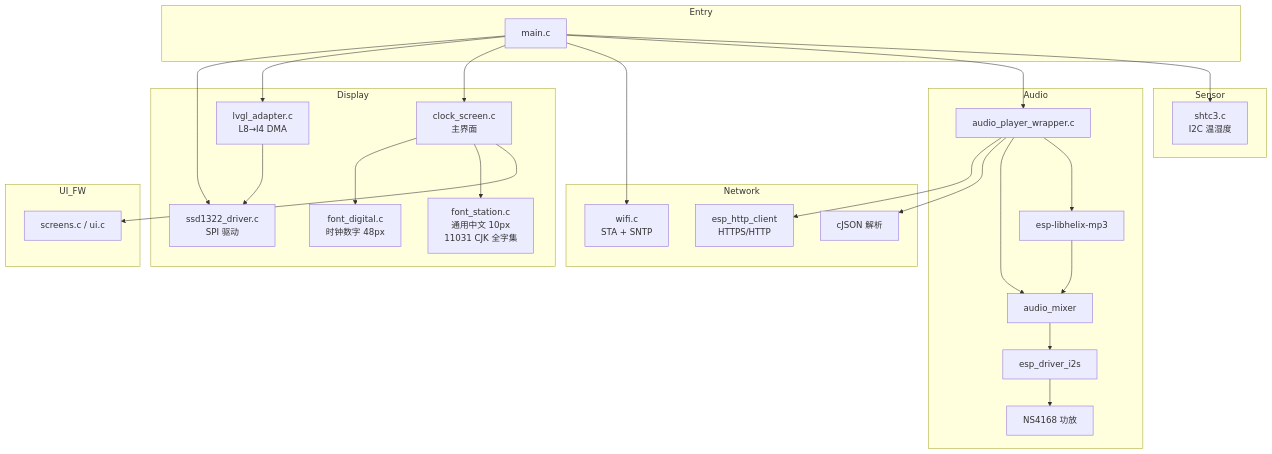
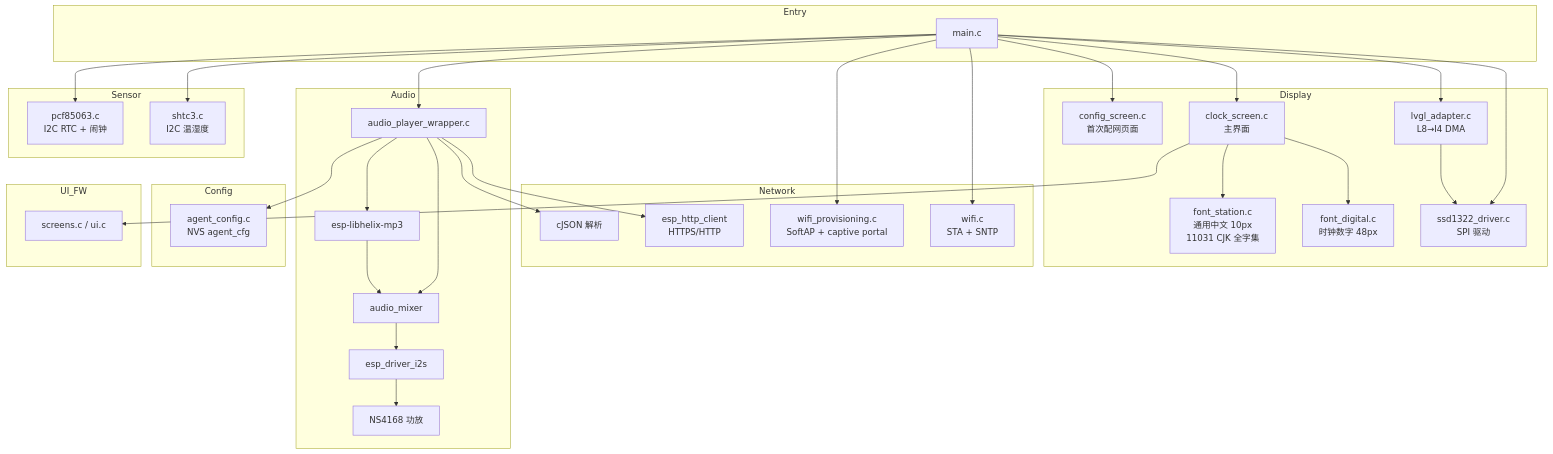
The fifth of 5 diagrams in README.md (llinzzi/slumbercube), drawn with Mermaid before and after one commit. The commit also changed other lines of this file, not shown here.

````diff
--- a/README.md
+++ b/README.md
@@ -452,56 +500,67 @@
 ```mermaid
 graph TB
     subgraph Entry
         MAIN[main.c]
     end
 
     subgraph Display
         SSD1322[ssd1322_driver.c<br/>SPI 驱动]
         LVGL_ADAPT[lvgl_adapter.c<br/>L8→I4 DMA]
         CLOCK[clock_screen.c<br/>主界面]
+        CONFIG_SCREEN[config_screen.c<br/>首次配网页面]
         FONT_D[font_digital.c<br/>时钟数字 48px]
         FONT_S[font_station.c<br/>通用中文 10px<br/>11031 CJK 全字集]
     end
 
     subgraph Network
         WIFI[wifi.c<br/>STA + SNTP]
+        WIFI_PROV[wifi_provisioning.c<br/>SoftAP + captive portal]
         HTTP[esp_http_client<br/>HTTPS/HTTP]
         JSON[cJSON 解析]
     end
 
     subgraph Audio
         AUDIO_WRAP[audio_player_wrapper.c]
         MIXER[audio_mixer]
         MP3[esp-libhelix-mp3]
         I2S[esp_driver_i2s]
         NS4168[NS4168 功放]
     end
 
     subgraph Sensor
         SHTC3[shtc3.c<br/>I2C 温湿度]
+        PCF85063[pcf85063.c<br/>I2C RTC + 闹钟]
+    end
+
+    subgraph Config
+        AGENT_CFG[agent_config.c<br/>NVS agent_cfg]
     end
 
     subgraph UI_FW
         EEZ[screens.c / ui.c]
     end
 
     MAIN --> SSD1322
     MAIN --> LVGL_ADAPT
     MAIN --> CLOCK
+    MAIN --> CONFIG_SCREEN
     MAIN --> WIFI
+    MAIN --> WIFI_PROV
     MAIN --> AUDIO_WRAP
     MAIN --> SHTC3
+    MAIN --> PCF85063
 
     LVGL_ADAPT --> SSD1322
     CLOCK --> FONT_D
     CLOCK --> FONT_S
     CLOCK --> EEZ
 
     AUDIO_WRAP --> HTTP
     AUDIO_WRAP --> JSON
     AUDIO_WRAP --> MIXER
     AUDIO_WRAP --> MP3
+    AUDIO_WRAP --> AGENT_CFG
     MIXER --> I2S
     MP3 --> MIXER
     I2S --> NS4168
 ```
````
